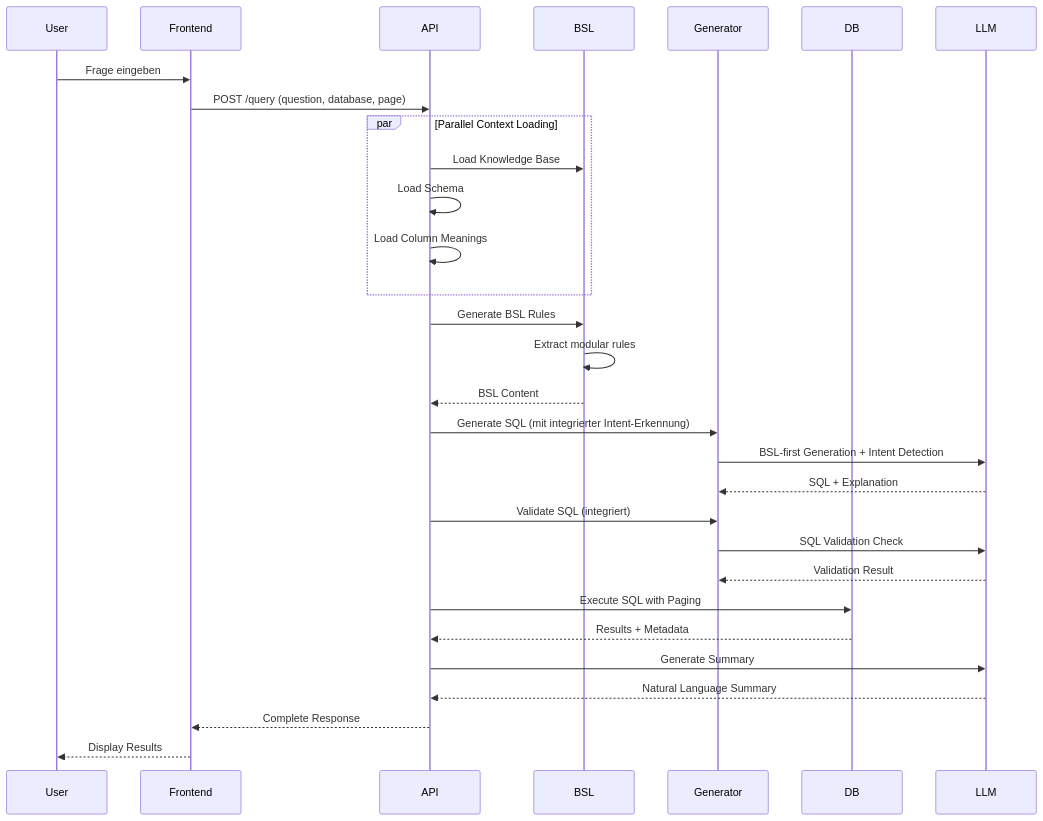
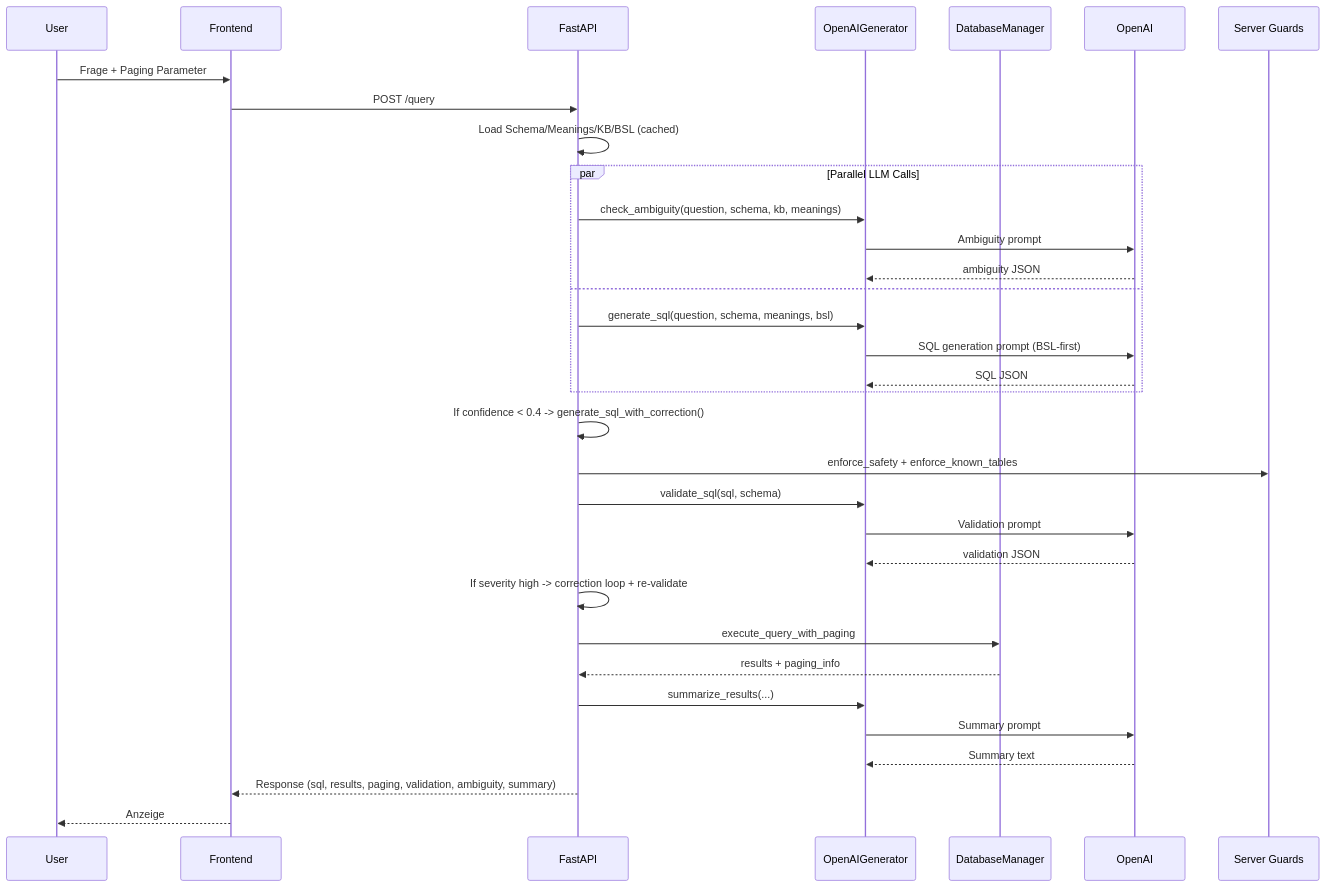
Before and after one commit to JoelRai07/Projekt-Vetter-SQL: the first of 2 diagrams in docs/Für_Präsi_NEU.md, drawn with Mermaid. The commit also changed other lines of this file and 2 other files, not shown here.

````diff
--- a/docs/Für_Präsi_NEU.md
+++ b/docs/Für_Präsi_NEU.md
@@ -272,40 +278,42 @@
 ```mermaid
 sequenceDiagram
-    participant User
-    participant Frontend
-    participant API
-    participant BSL
-    participant Generator
-    participant DB
-    participant LLM
-    
-    User->>Frontend: Frage eingeben
-    Frontend->>API: POST /query (question, database, page)
-    
-    par Parallel Context Loading
-        API->>BSL: Load Knowledge Base
-        API->>API: Load Schema
-        API->>API: Load Column Meanings
-    end
-    
-    API->>BSL: Generate BSL Rules
-    BSL->>BSL: Extract modular rules
-    BSL-->>API: BSL Content
-    
-    API->>Generator: Generate SQL (mit integrierter Intent-Erkennung)
-    Generator->>LLM: BSL-first Generation + Intent Detection
-    LLM-->>Generator: SQL + Explanation
-    
-    API->>Generator: Validate SQL (integriert)
-    Generator->>LLM: SQL Validation Check
-    LLM-->>Generator: Validation Result
-    
-    API->>DB: Execute SQL with Paging
-    DB-->>API: Results + Metadata
-    
-    API->>LLM: Generate Summary
-    LLM-->>API: Natural Language Summary
-    
-    API-->>Frontend: Complete Response
-    Frontend-->>User: Display Results
+  participant User
+  participant FE as Frontend
+  participant API as FastAPI
+  participant GEN as OpenAIGenerator
+  participant DB as DatabaseManager
+  participant LLM as OpenAI
+  participant GUARD as Server Guards
+
+  User->>FE: Frage + Paging Parameter
+  FE->>API: POST /query
+
+  API->>API: Load Schema/Meanings/KB/BSL (cached)
+
+  par Parallel LLM Calls
+    API->>GEN: check_ambiguity(question, schema, kb, meanings)
+    GEN->>LLM: Ambiguity prompt
+    LLM-->>GEN: ambiguity JSON
+  and
+    API->>GEN: generate_sql(question, schema, meanings, bsl)
+    GEN->>LLM: SQL generation prompt (BSL-first)
+    LLM-->>GEN: SQL JSON
+  end
+
+  API->>API: If confidence < 0.4 -> generate_sql_with_correction()
+  API->>GUARD: enforce_safety + enforce_known_tables
+  API->>GEN: validate_sql(sql, schema)
+  GEN->>LLM: Validation prompt
+  LLM-->>GEN: validation JSON
+  API->>API: If severity high -> correction loop + re-validate
+
+  API->>DB: execute_query_with_paging
+  DB-->>API: results + paging_info
+
+  API->>GEN: summarize_results(...)
+  GEN->>LLM: Summary prompt
+  LLM-->>GEN: Summary text
+
+  API-->>FE: Response (sql, results, paging, validation, ambiguity, summary)
+  FE-->>User: Anzeige
 ```
````
